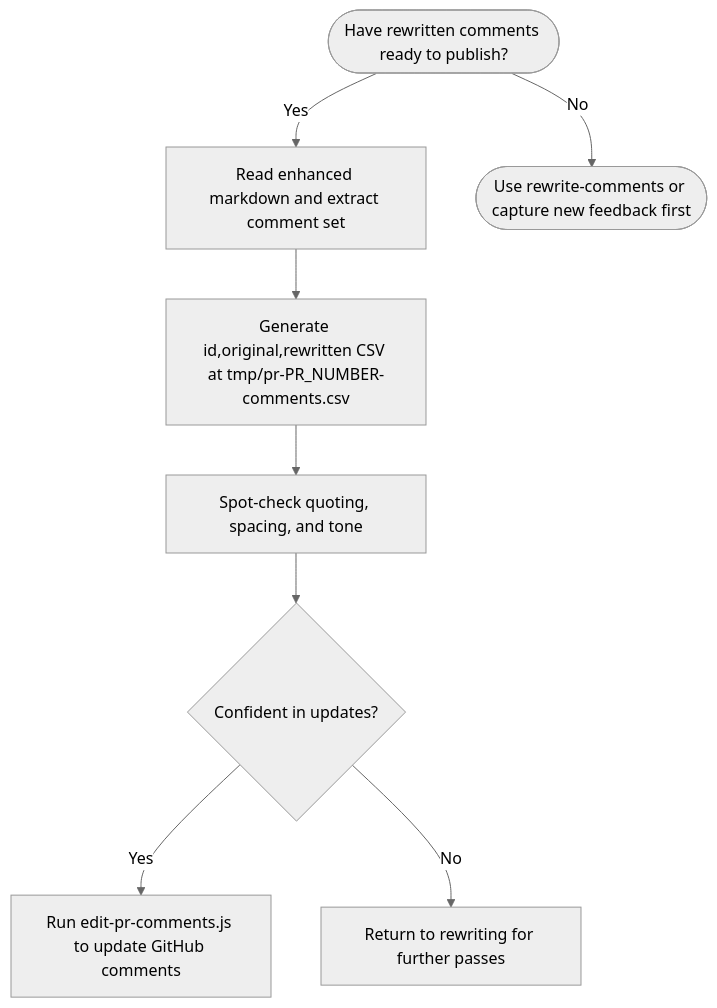
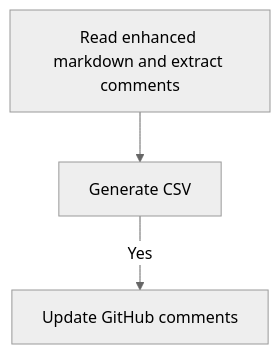
The second of 6 diagrams in README.md (mkaczkowski/ai-command-library), drawn with Mermaid (neutral theme) before and after one commit. The commit also changed other lines of this file, not shown here.

Commit message:
docs: enhance flowcharts in README.md for clarity and readability

````diff
--- a/README.md
+++ b/README.md
@@ -92,10 +95,6 @@
 ```mermaid
 flowchart TD
-    Start([Have rewritten comments ready to publish?]) -->|Yes| Parse[Read enhanced markdown and extract comment set]
-    Parse --> CSV[Generate id,original,rewritten CSV at tmp/pr-PR_NUMBER-comments.csv]
-    CSV --> Review[Spot-check quoting, spacing, and tone]
-    Review --> Push{Confident in updates?}
-    Push -->|Yes| Script[Run edit-pr-comments.js to update GitHub comments]
-    Push -->|No| Iterate[Return to rewriting for further passes]
-    Start -->|No| Prep([Use rewrite-comments or capture new feedback first])
+    Parse[Read enhanced markdown and extract comments]
+    Parse --> CSV[Generate CSV]
+    CSV -->|Yes| Script[Update GitHub comments]
 ```
````
